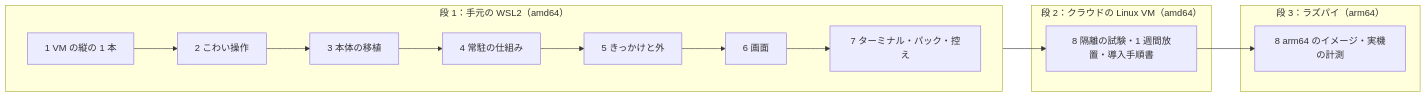
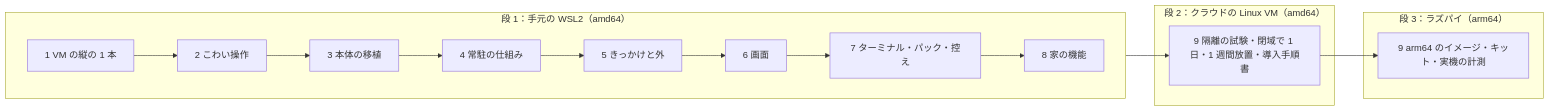
One commit to itiwoja/agent-team changed the diagram in docs/implementation/README.md. Above: the diagram before and after it, drawn with Mermaid. The commit also changed other lines of this file and 12 other files, not shown here.

````diff
--- a/docs/implementation/README.md
+++ b/docs/implementation/README.md
@@ -50,14 +53,14 @@
 ```mermaid
 flowchart LR
  subgraph S1["段 1：手元の WSL2（amd64）"]
   direction LR
-  P1["1 VM の縦の 1 本"] --> P2["2 こわい操作"] --> P3["3 本体の移植"] --> P4["4 常駐の仕組み"] --> P5["5 きっかけと外"] --> P6["6 画面"] --> P7["7 ターミナル・パック・控え"]
+  P1["1 VM の縦の 1 本"] --> P2["2 こわい操作"] --> P3["3 本体の移植"] --> P4["4 常駐の仕組み"] --> P5["5 きっかけと外"] --> P6["6 画面"] --> P7["7 ターミナル・パック・控え"] --> P8["8 家の機能"]
  end
  subgraph S2["段 2：クラウドの Linux VM（amd64）"]
-  P8a["8 隔離の試験・1 週間放置・導入手順書"]
+  P9a["9 隔離の試験・閉域で 1 日・1 週間放置・導入手順書"]
  end
  subgraph S3["段 3：ラズパイ（arm64）"]
-  P8b["8 arm64 のイメージ・実機の計測"]
+  P9b["9 arm64 のイメージ・キット・実機の計測"]
  end
- P7 --> P8a --> P8b
+ P8 --> P9a --> P9b
 ```
````
